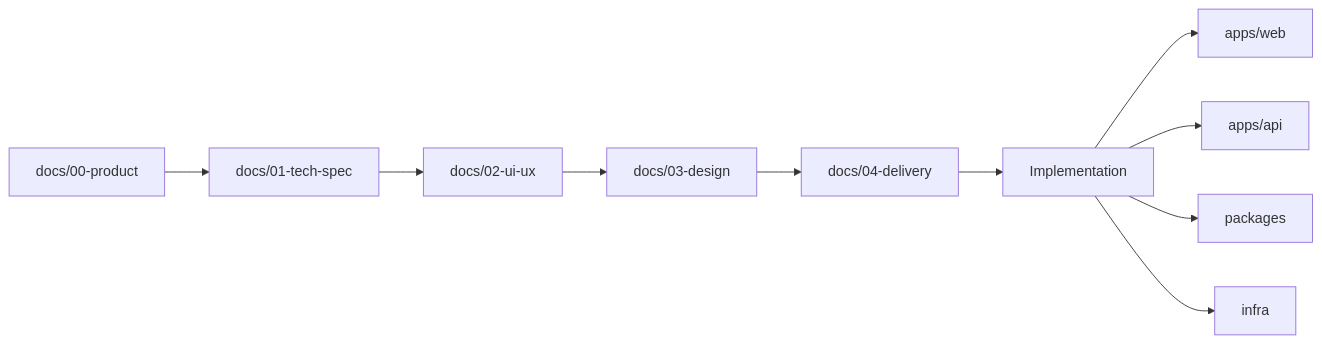
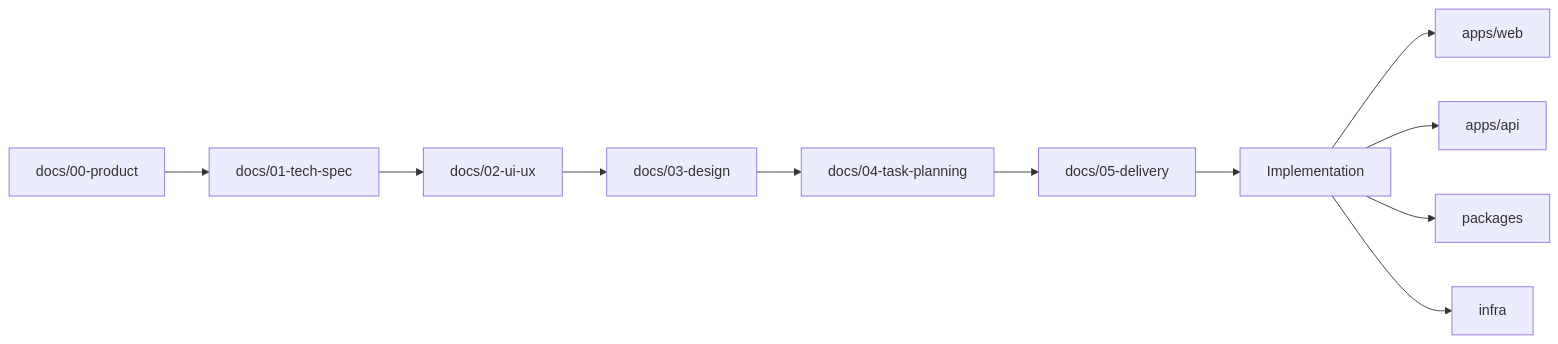
One commit to Amal-Makwana/PersonalAssistant changed the fourth of 5 diagrams in docs/99-ai-rules/AI_DEVELOPMENT_WORKFLOW.md. Above: the diagram before and after it, drawn with Mermaid. The commit also changed other lines of this file and 91 other files, not shown here.

Commit message:
Refactor docs workflow with canonical contracts and task planning phase

````diff
--- a/docs/99-ai-rules/AI_DEVELOPMENT_WORKFLOW.md
+++ b/docs/99-ai-rules/AI_DEVELOPMENT_WORKFLOW.md
@@ -257,13 +262,14 @@
 ```mermaid
 flowchart LR
     A[docs/00-product] --> B[docs/01-tech-spec]
     B --> C[docs/02-ui-ux]
     C --> D[docs/03-design]
-    D --> E[docs/04-delivery]
-    E --> F[Implementation]
+    D --> E[docs/04-task-planning]
+    E --> F[docs/05-delivery]
+    F --> G[Implementation]
 
-    F --> G[apps/web]
-    F --> H[apps/api]
-    F --> I[packages]
-    F --> J[infra]
+    G --> H[apps/web]
+    G --> I[apps/api]
+    G --> J[packages]
+    G --> K[infra]
 ```
````
